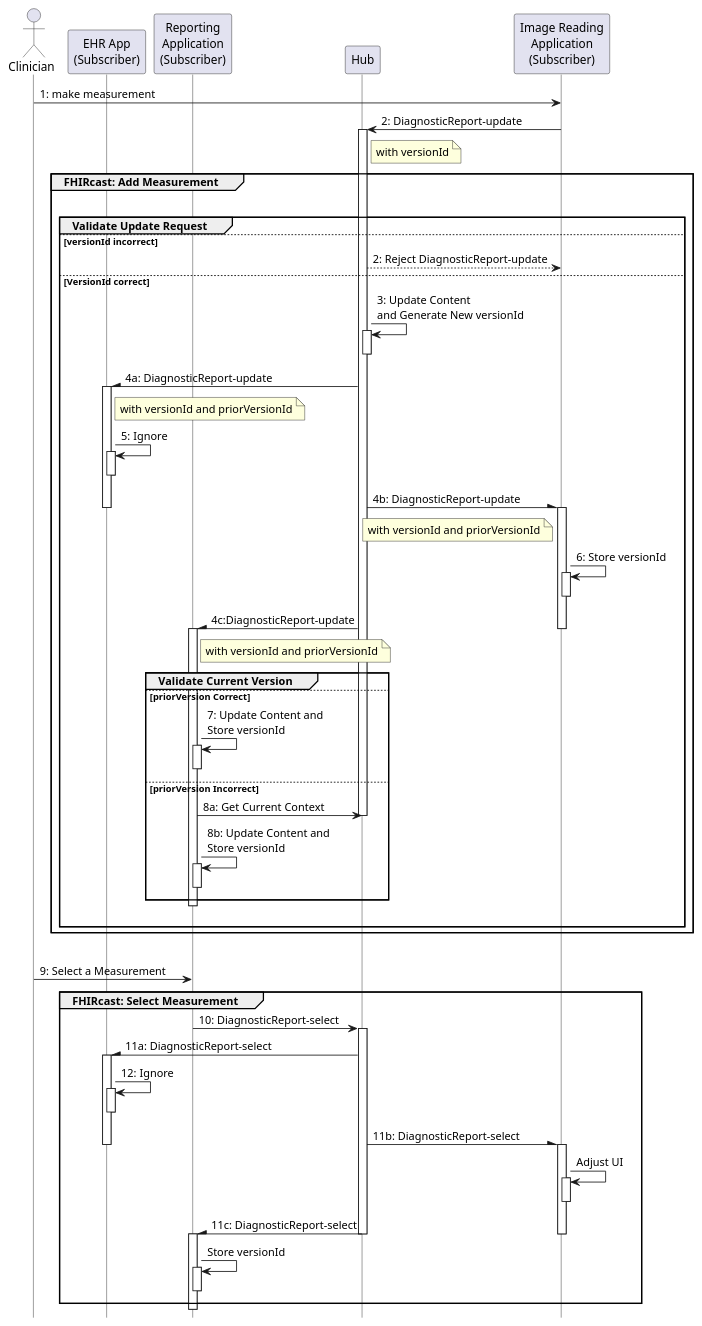
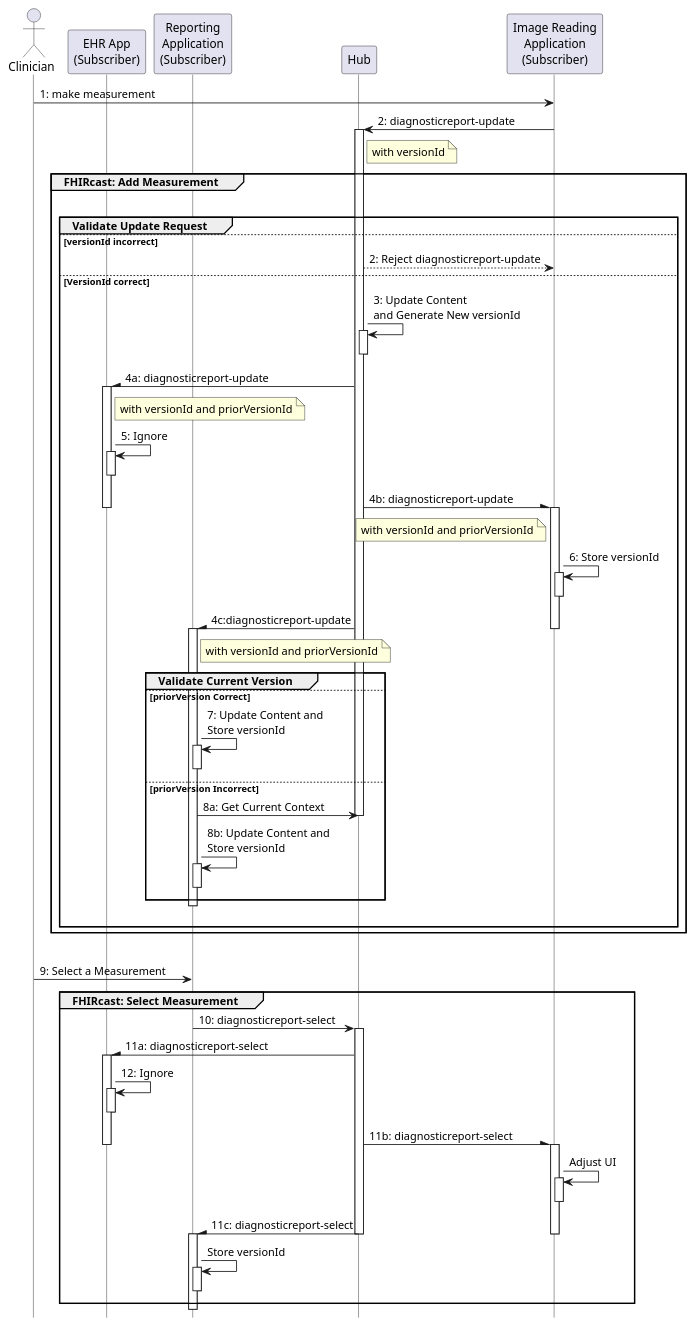
One commit to HL7/fhircast-docs changed the diagram in input/images-source/ContentExchangeShareContent.plantuml. Above: the diagram before and after it, drawn with PlantUML. The commit also changed 3 other files, not shown here.

Commit message:
FHIR-37074 - diagrams

```diff
--- a/input/images-source/ContentExchangeShareContent.plantuml
+++ b/input/images-source/ContentExchangeShareContent.plantuml
@@ -1,67 +1,67 @@
 @startuml
 skinparam shadowing false
 skinparam lifelineStrategy nosolid
 hide footbox
 
 actor Clinician
 participant "EHR App\n(Subscriber)" as EHR
 participant "Reporting\nApplication\n(Subscriber)" as RepApp
 participant Hub
 participant "Image Reading\nApplication\n(Subscriber)" as App1
 
 Clinician -> App1: 1: make measurement
-App1 -> Hub++: 2: DiagnosticReport-update
+App1 -> Hub++: 2: diagnosticreport-update
 note right Hub: with versionId
 
 group FHIRcast: Add Measurement
 |||
 group Validate Update Request
 else versionId incorrect
-Hub --> App1:2: Reject DiagnosticReport-update
+Hub --> App1:2: Reject diagnosticreport-update
 else VersionId correct
 Hub -> Hub++--: 3: Update Content \nand Generate New versionId
-Hub -\ EHR: 4a: DiagnosticReport-update
+Hub -\ EHR: 4a: diagnosticreport-update
 activate EHR
 note right EHR: with versionId and priorVersionId
 EHR -> EHR++--: 5: Ignore
-Hub -\ App1: 4b: DiagnosticReport-update
+Hub -\ App1: 4b: diagnosticreport-update
 deactivate EHR
 note left App1: with versionId and priorVersionId
 activate App1
 App1 -> App1++--: 6: Store versionId
-Hub -\ RepApp: 4c:DiagnosticReport-update
+Hub -\ RepApp: 4c:diagnosticreport-update
 deactivate App1
 note right RepApp: with versionId and priorVersionId
 activate RepApp
 group Validate Current Version
 else priorVersion Correct
 RepApp -> RepApp++--: 7: Update Content and\nStore versionId
 else priorVersion Incorrect
 RepApp -> Hub: 8a: Get Current Context
 deactivate Hub
 RepApp -> RepApp++--: 8b: Update Content and\nStore versionId
 end
 deactivate RepApp
 |||
 end
 end
 |||
 Clinician -> RepApp: 9: Select a Measurement
 group FHIRcast: Select Measurement
-RepApp -> Hub: 10: DiagnosticReport-select
+RepApp -> Hub: 10: diagnosticreport-select
 activate Hub
-Hub -\ EHR: 11a: DiagnosticReport-select
+Hub -\ EHR: 11a: diagnosticreport-select
 activate EHR
 EHR -> EHR++--: 12: Ignore
-Hub -\ App1: 11b: DiagnosticReport-select
+Hub -\ App1: 11b: diagnosticreport-select
 deactivate EHR
 activate App1
 App1 -> App1++--: Adjust UI
-Hub -\ RepApp: 11c: DiagnosticReport-select
+Hub -\ RepApp: 11c: diagnosticreport-select
 deactivate App1
 activate RepApp
 deactivate Hub
 RepApp -> RepApp++--: Store versionId
 end
 deactivate RepApp
 @enduml
```
